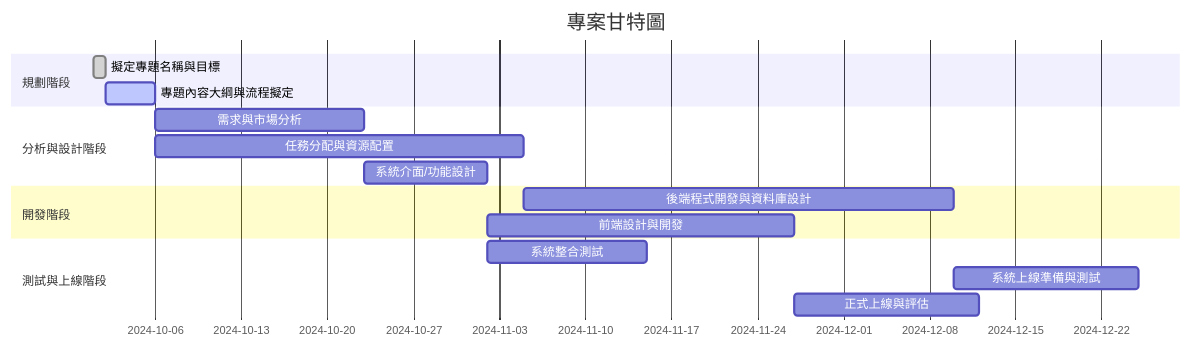
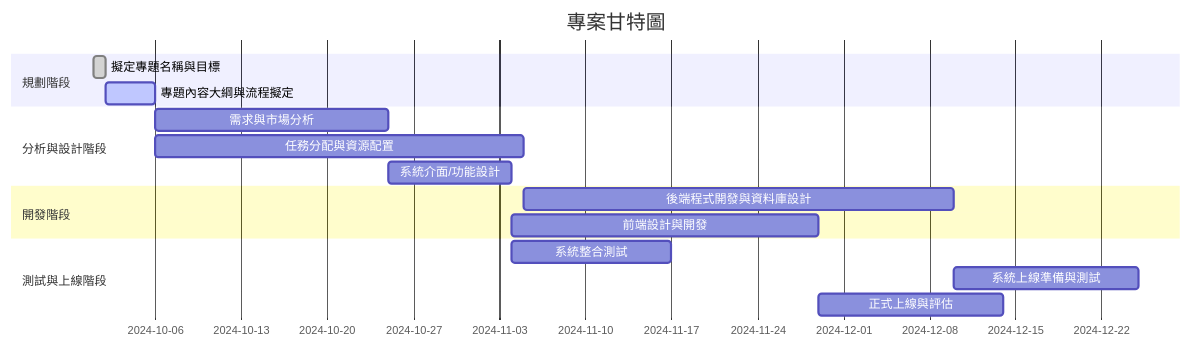
One commit to zoeyyy-93/113_CourseTopics changed the second of 2 diagrams in README.md. Above: the diagram before and after it, drawn with Mermaid.

````diff
--- a/README.md
+++ b/README.md
@@ -32,22 +32,22 @@
 ```mermaid
 gantt
     title 專案甘特圖
     dateFormat  YYYY-MM-DD
     section 規劃階段
     擬定專題名稱與目標        :done,    a1, 2024-010-01, 1d
     專題內容大綱與流程擬定        :active,  a2, after a1, 4d
 
     section 分析與設計階段
-    需求與市場分析           :         a3, after a2, 17d
+    需求與市場分析           :         a3, after a2, 19d
     任務分配與資源配置        :        a4, after a2, 30d
     系統介面/功能設計                :       a5, after a3, 10d
 
     section 開發階段
     後端程式開發與資料庫設計      :        a6, after a4, 35d
     前端設計與開發           :        a7, after a5, 25d
 
     section 測試與上線階段
     系統整合測試            :        a8, after a5, 13d
     系統上線準備與測試        :        a9, after a6, 15d
     正式上線與評估           :        a10, after a7, 15d
 ```
````
